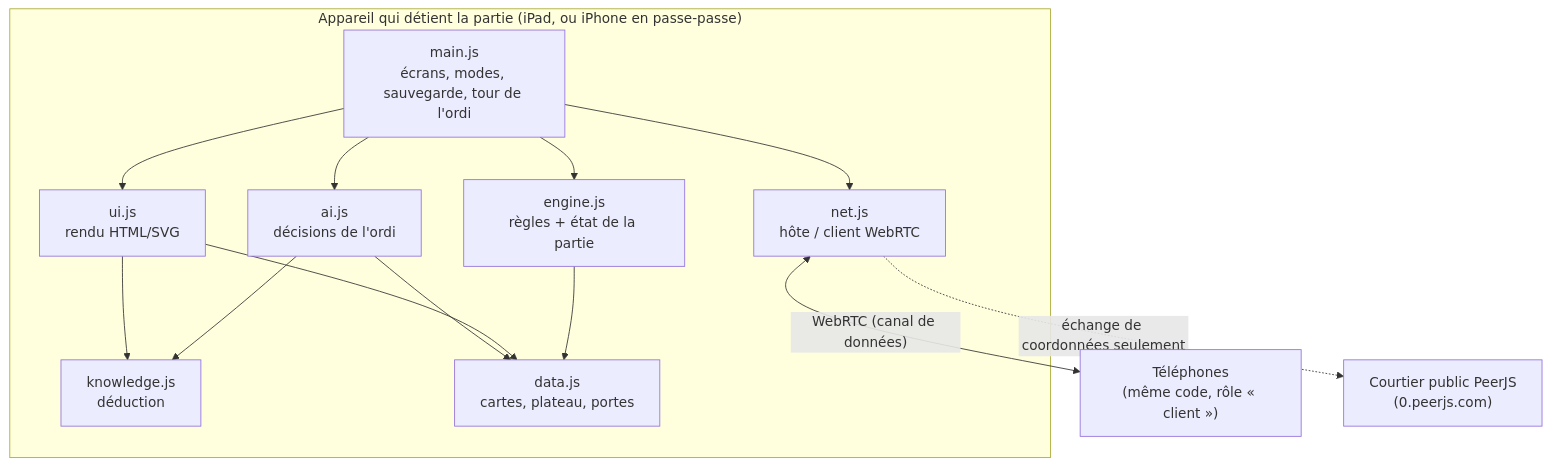
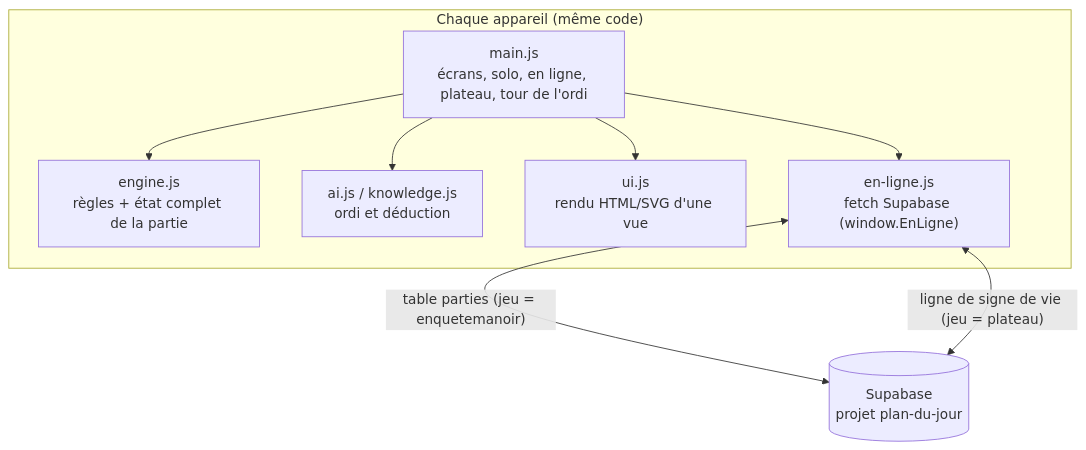
The first of 2 diagrams in ARCHITECTURE.md (Maximeavril1869/EnqueteManoir), drawn with Mermaid before and after one commit. The commit also changed other lines of this file and 16 other files, not shown here.

First line of the commit message:
EnqueteManoir v2.0 : mode En ligne (2 humains) + plateau iPad

````diff
--- a/ARCHITECTURE.md
+++ b/ARCHITECTURE.md
@@ -7,23 +7,16 @@
 ```mermaid
 flowchart TB
-  subgraph Appareil["Appareil qui détient la partie (iPad, ou iPhone en passe-passe)"]
-    main["main.js<br/>écrans, modes, sauvegarde, tour de l'ordi"]
-    engine["engine.js<br/>règles + état de la partie"]
-    ai["ai.js<br/>décisions de l'ordi"]
-    know["knowledge.js<br/>déduction"]
-    ui["ui.js<br/>rendu HTML/SVG"]
-    net["net.js<br/>hôte / client WebRTC"]
-    data["data.js<br/>cartes, plateau, portes"]
+  subgraph Appareil["Chaque appareil (même code)"]
+    main["main.js<br/>écrans, solo, en ligne, plateau, tour de l'ordi"]
+    engine["engine.js<br/>règles + état complet de la partie"]
+    ai["ai.js / knowledge.js<br/>ordi et déduction"]
+    ui["ui.js<br/>rendu HTML/SVG d'une vue"]
+    el["en-ligne.js<br/>fetch Supabase (window.EnLigne)"]
     main --> engine
     main --> ui
     main --> ai
-    main --> net
-    ai --> know
-    ui --> know
-    engine --> data
-    ui --> data
-    ai --> data
+    main --> el
   end
-  net <-->|"WebRTC (canal de données)"| Tel["Téléphones<br/>(même code, rôle « client »)"]
-  net -.->|"échange de coordonnées seulement"| Broker["Courtier public PeerJS<br/>(0.peerjs.com)"]
+  el <-->|"table parties (jeu = enquetemanoir)"| DB[("Supabase<br/>projet plan-du-jour")]
+  el <-->|"ligne de signe de vie (jeu = plateau)"| DB
 ```
````
